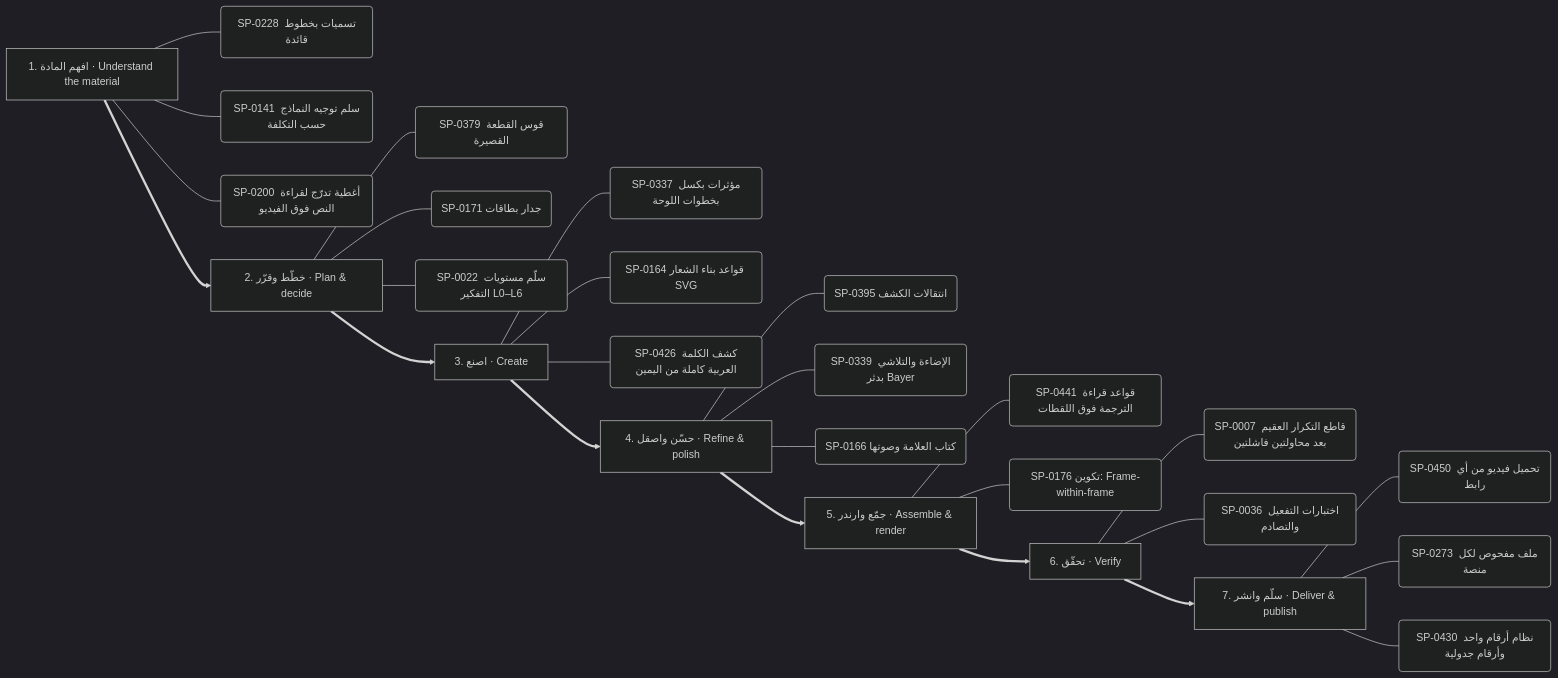
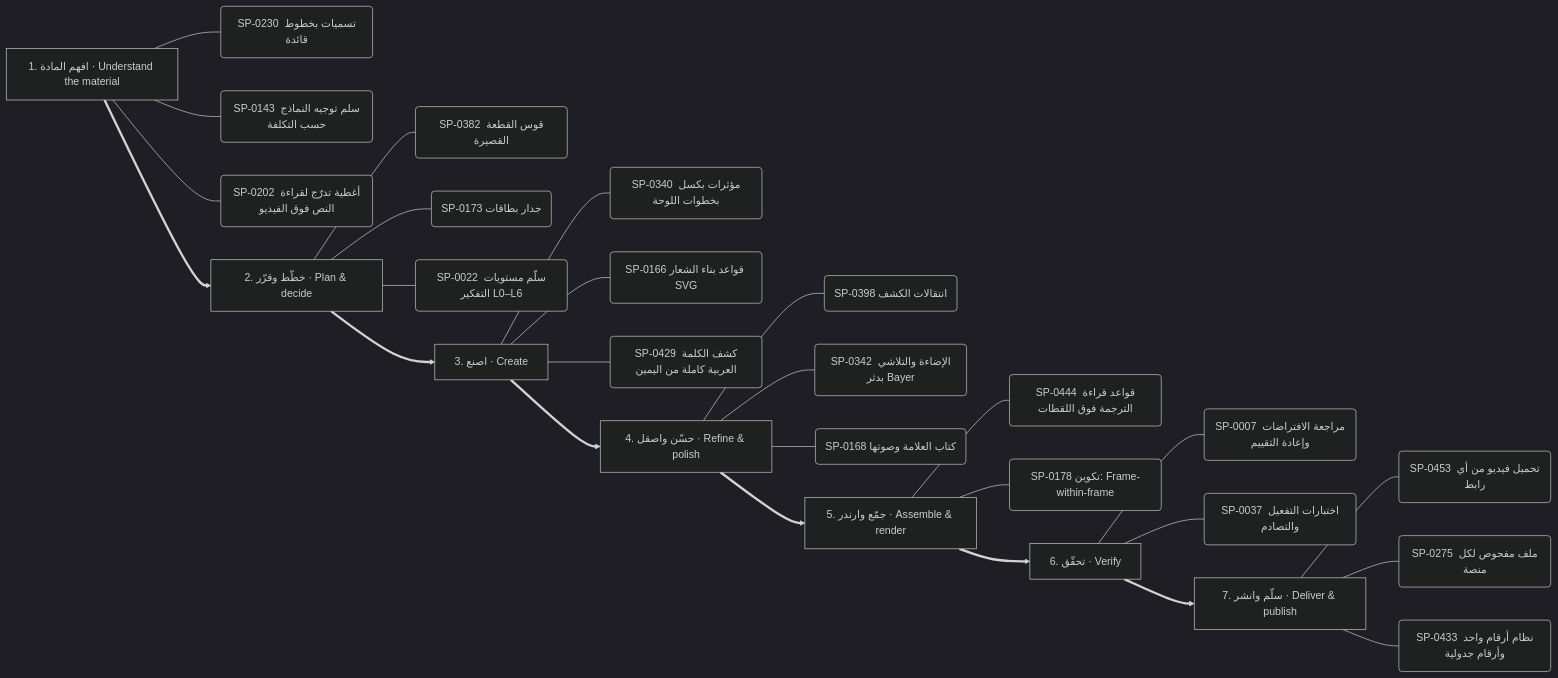
One commit to kosif199022-jpg/kosif-tool changed the sixth of 13 diagrams in .claude/skills/kosif-superpowers/references/capability-mindmap.md. Above: the diagram before and after it, drawn with Mermaid (dark theme). The commit also changed other lines of this file and 48 other files, not shown here.

````diff
--- a/.claude/skills/kosif-superpowers/references/capability-mindmap.md
+++ b/.claude/skills/kosif-superpowers/references/capability-mindmap.md
@@ -313,35 +313,35 @@
 ```mermaid
 flowchart LR
   S0["1. افهم المادة · Understand the material"]
-  S0 --- S0_0("SP-0228 تسميات بخطوط قائدة")
-  S0 --- S0_1("SP-0141 سلم توجيه النماذج حسب التكلفة")
-  S0 --- S0_2("SP-0200 أغطية تدرّج لقراءة النص فوق الفيديو")
+  S0 --- S0_0("SP-0230 تسميات بخطوط قائدة")
+  S0 --- S0_1("SP-0143 سلم توجيه النماذج حسب التكلفة")
+  S0 --- S0_2("SP-0202 أغطية تدرّج لقراءة النص فوق الفيديو")
   S1["2. خطّط وقرّر · Plan & decide"]
-  S1 --- S1_0("SP-0379 قوس القطعة القصيرة")
-  S1 --- S1_1("SP-0171 جدار بطاقات")
+  S1 --- S1_0("SP-0382 قوس القطعة القصيرة")
+  S1 --- S1_1("SP-0173 جدار بطاقات")
   S1 --- S1_2("SP-0022 سلّم مستويات التفكير L0–L6")
   S0 ==> S1
   S2["3. اصنع · Create"]
-  S2 --- S2_0("SP-0337 مؤثرات بكسل بخطوات اللوحة")
-  S2 --- S2_1("SP-0164 قواعد بناء الشعار SVG")
-  S2 --- S2_2("SP-0426 كشف الكلمة العربية كاملة من اليمين")
+  S2 --- S2_0("SP-0340 مؤثرات بكسل بخطوات اللوحة")
+  S2 --- S2_1("SP-0166 قواعد بناء الشعار SVG")
+  S2 --- S2_2("SP-0429 كشف الكلمة العربية كاملة من اليمين")
   S1 ==> S2
   S3["4. حسّن واصقل · Refine & polish"]
-  S3 --- S3_0("SP-0395 انتقالات الكشف")
-  S3 --- S3_1("SP-0339 الإضاءة والتلاشي بدثر Bayer")
-  S3 --- S3_2("SP-0166 كتاب العلامة وصوتها")
+  S3 --- S3_0("SP-0398 انتقالات الكشف")
+  S3 --- S3_1("SP-0342 الإضاءة والتلاشي بدثر Bayer")
+  S3 --- S3_2("SP-0168 كتاب العلامة وصوتها")
   S2 ==> S3
   S4["5. جمّع وارندر · Assemble & render"]
-  S4 --- S4_0("SP-0441 قواعد قراءة الترجمة فوق اللقطات")
-  S4 --- S4_1("SP-0176 تكوين: Frame-within-frame")
+  S4 --- S4_0("SP-0444 قواعد قراءة الترجمة فوق اللقطات")
+  S4 --- S4_1("SP-0178 تكوين: Frame-within-frame")
   S3 ==> S4
   S5["6. تحقّق · Verify"]
-  S5 --- S5_0("SP-0007 قاطع التكرار العقيم بعد محاولتين فاشلتين")
-  S5 --- S5_1("SP-0036 اختبارات التفعيل والتصادم")
+  S5 --- S5_0("SP-0007 مراجعة الافتراضات وإعادة التقييم")
+  S5 --- S5_1("SP-0037 اختبارات التفعيل والتصادم")
   S4 ==> S5
   S6["7. سلّم وانشر · Deliver & publish"]
-  S6 --- S6_0("SP-0450 تحميل فيديو من أي رابط")
-  S6 --- S6_1("SP-0273 ملف مفحوص لكل منصة")
-  S6 --- S6_2("SP-0430 نظام أرقام واحد وأرقام جدولية")
+  S6 --- S6_0("SP-0453 تحميل فيديو من أي رابط")
+  S6 --- S6_1("SP-0275 ملف مفحوص لكل منصة")
+  S6 --- S6_2("SP-0433 نظام أرقام واحد وأرقام جدولية")
   S5 ==> S6
 ```
````
